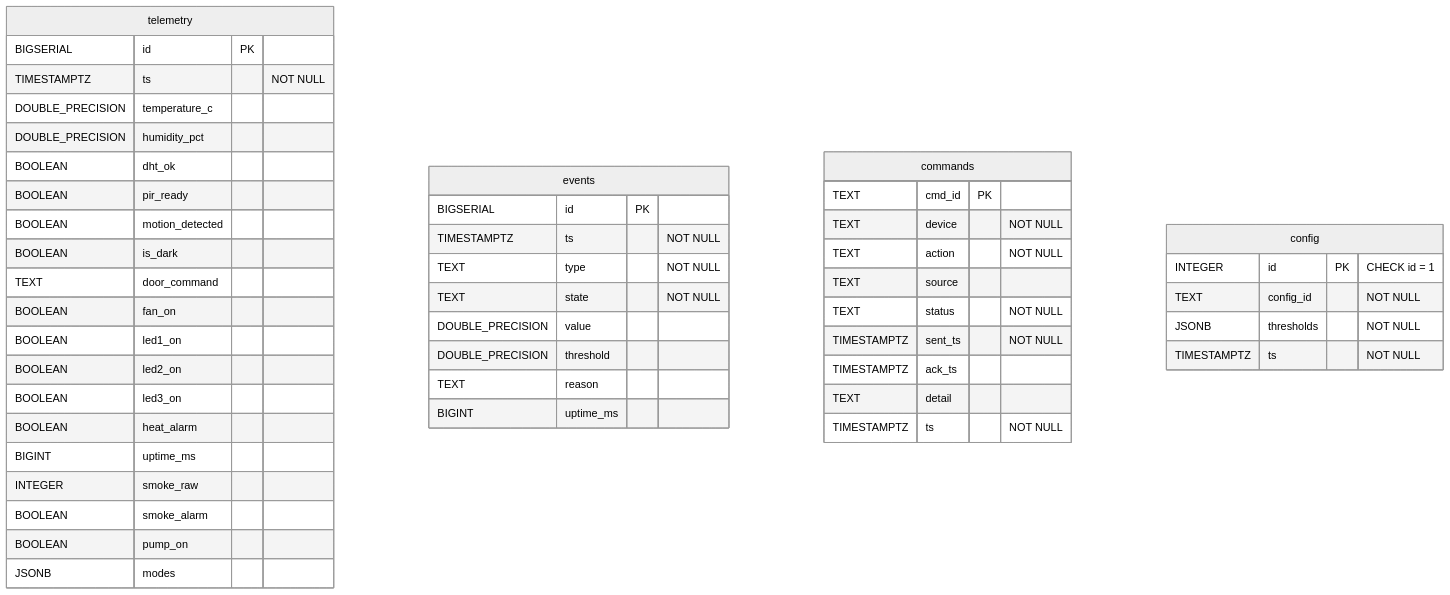
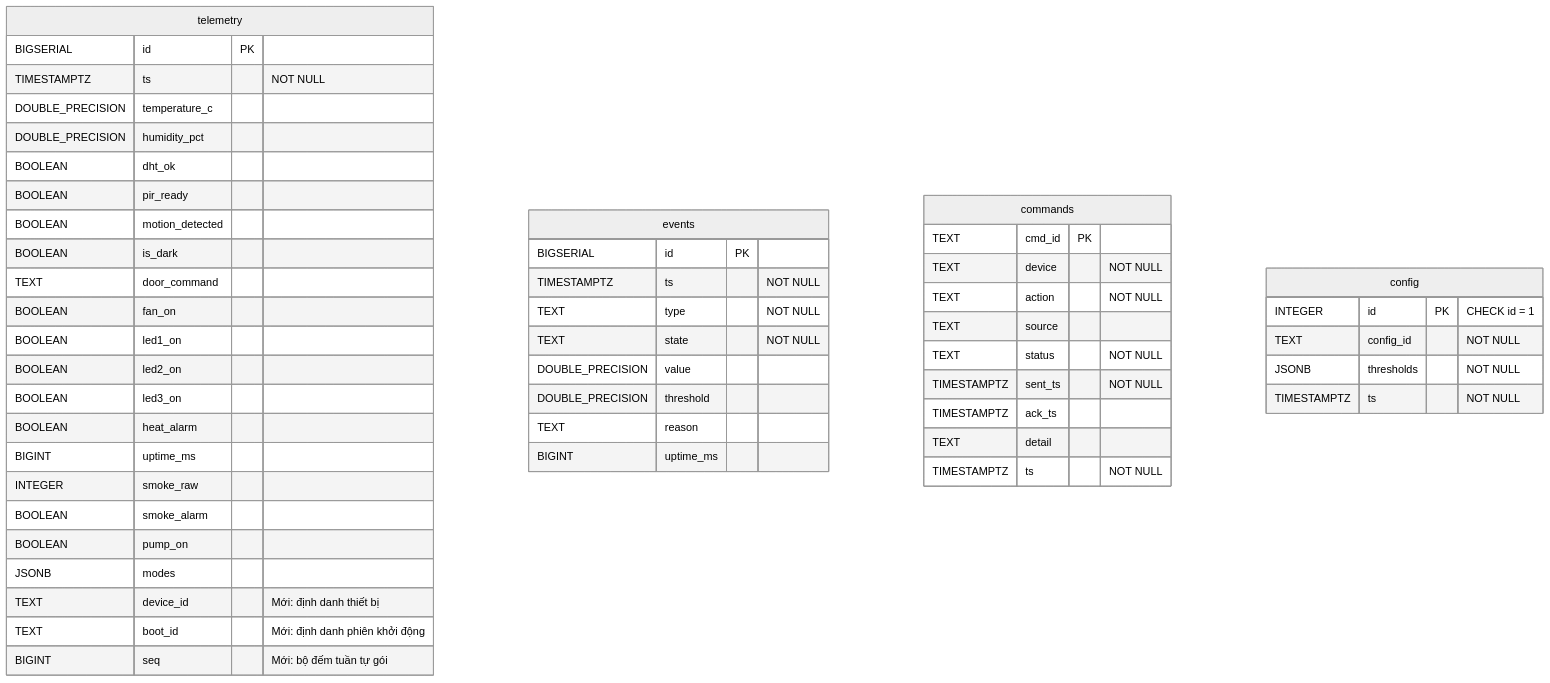
Before and after one commit to Vunguyentinee/Software_BTL-IOT: the second of 2 diagrams in backend/docs/DB_DESIGN_THAI.md, drawn with Mermaid (neutral theme). The commit also changed other lines of this file and 9 other files, not shown here.

````diff
--- a/backend/docs/DB_DESIGN_THAI.md
+++ b/backend/docs/DB_DESIGN_THAI.md
@@ -69,54 +69,57 @@
 ```mermaid
 erDiagram
     telemetry {
         BIGSERIAL id PK
         TIMESTAMPTZ ts "NOT NULL"
         DOUBLE_PRECISION temperature_c
         DOUBLE_PRECISION humidity_pct
         BOOLEAN dht_ok
         BOOLEAN pir_ready
         BOOLEAN motion_detected
         BOOLEAN is_dark
         TEXT door_command
         BOOLEAN fan_on
         BOOLEAN led1_on
         BOOLEAN led2_on
         BOOLEAN led3_on
         BOOLEAN heat_alarm
         BIGINT uptime_ms
         INTEGER smoke_raw
         BOOLEAN smoke_alarm
         BOOLEAN pump_on
         JSONB modes
+        TEXT device_id "Mới: định danh thiết bị"
+        TEXT boot_id "Mới: định danh phiên khởi động"
+        BIGINT seq "Mới: bộ đếm tuần tự gói"
     }
 
     events {
         BIGSERIAL id PK
         TIMESTAMPTZ ts "NOT NULL"
         TEXT type "NOT NULL"
         TEXT state "NOT NULL"
         DOUBLE_PRECISION value
         DOUBLE_PRECISION threshold
         TEXT reason
         BIGINT uptime_ms
     }
 
     commands {
         TEXT cmd_id PK
         TEXT device "NOT NULL"
         TEXT action "NOT NULL"
         TEXT source
         TEXT status "NOT NULL"
         TIMESTAMPTZ sent_ts "NOT NULL"
         TIMESTAMPTZ ack_ts
         TEXT detail
         TIMESTAMPTZ ts "NOT NULL"
     }
 
     config {
         INTEGER id PK "CHECK id = 1"
         TEXT config_id "NOT NULL"
         JSONB thresholds "NOT NULL"
         TIMESTAMPTZ ts "NOT NULL"
     }
 ```
````
